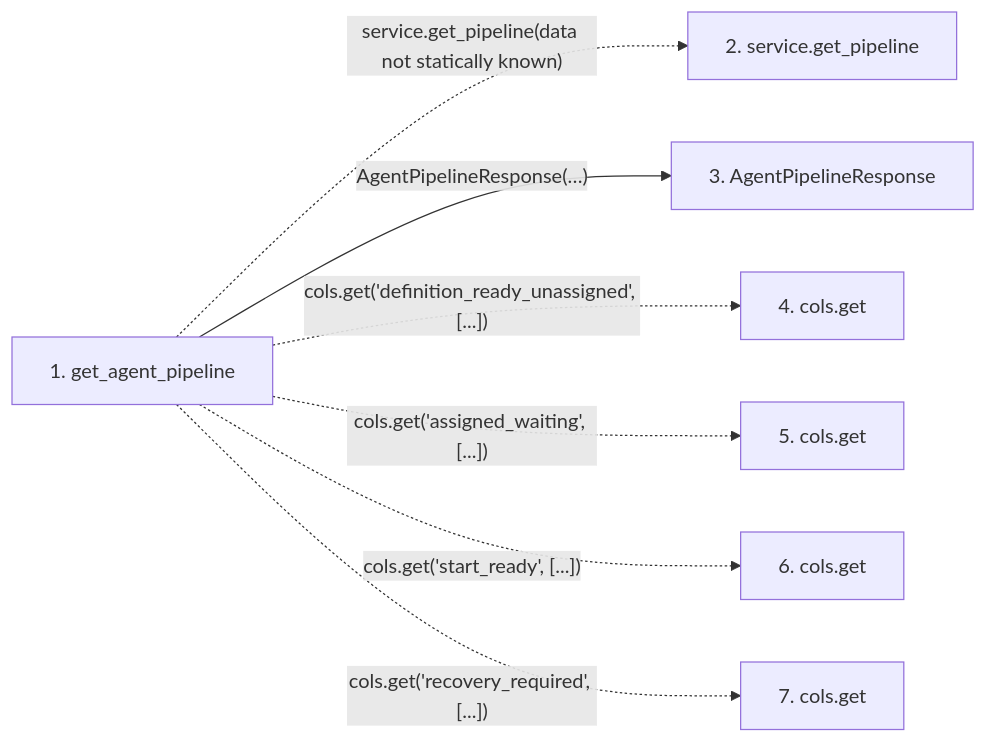
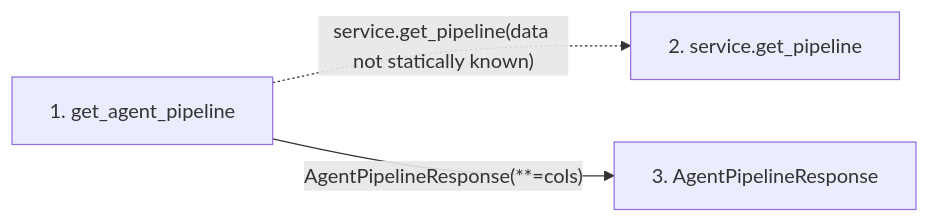
Before and after one commit to Denissvgn/WorkChord: the second of 2 diagrams in docs/llm_wiki/flows/http-get_agent_pipeline.md, drawn with Mermaid. The commit also changed other lines of this file and 846 other files, not shown here.

````diff
--- a/docs/llm_wiki/flows/http-get_agent_pipeline.md
+++ b/docs/llm_wiki/flows/http-get_agent_pipeline.md
@@ -56,18 +47,10 @@
 ```mermaid
 flowchart LR
     s1["1. get_agent_pipeline"]
     s2["2. service.get_pipeline"]
     s3["3. AgentPipelineResponse"]
-    s4["4. cols.get"]
-    s5["5. cols.get"]
-    s6["6. cols.get"]
-    s7["7. cols.get"]
     s1 -. "service.get_pipeline(data not statically known)" .-> s2
-    s1 -->|"AgentPipelineResponse(…)"| s3
-    s1 -. "cols.get('definition_ready_unassigned', [...])" .-> s4
-    s1 -. "cols.get('assigned_waiting', [...])" .-> s5
-    s1 -. "cols.get('start_ready', [...])" .-> s6
-    s1 -. "cols.get('recovery_required', [...])" .-> s7
+    s1 -->|"AgentPipelineResponse(**=cols)"| s3
     click s1 "../modules/routers_agent.md"
     click s3 "../modules/schemas_agent.md"
 ```
````
